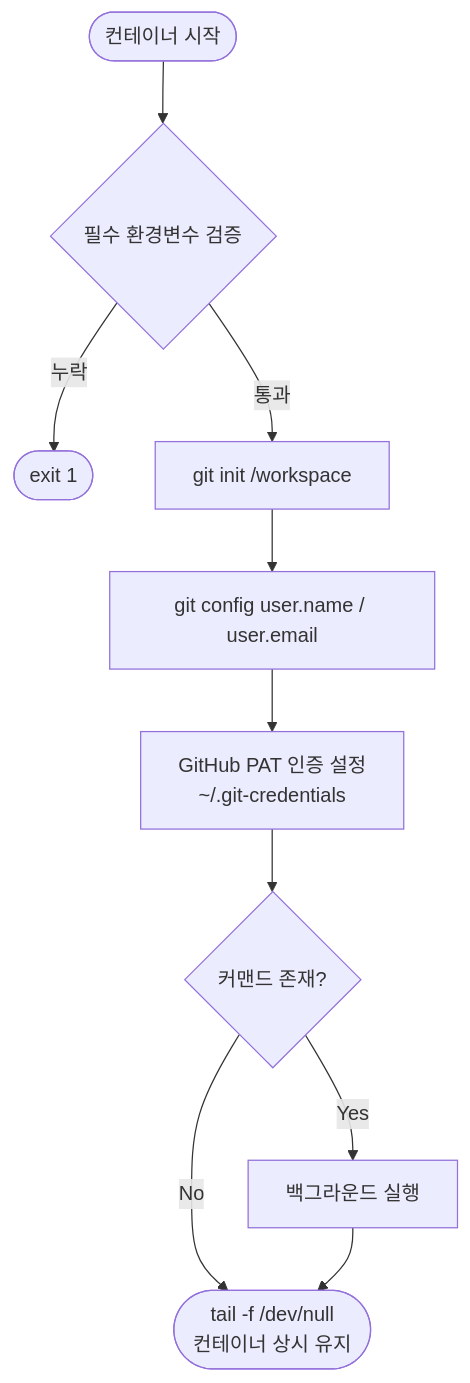
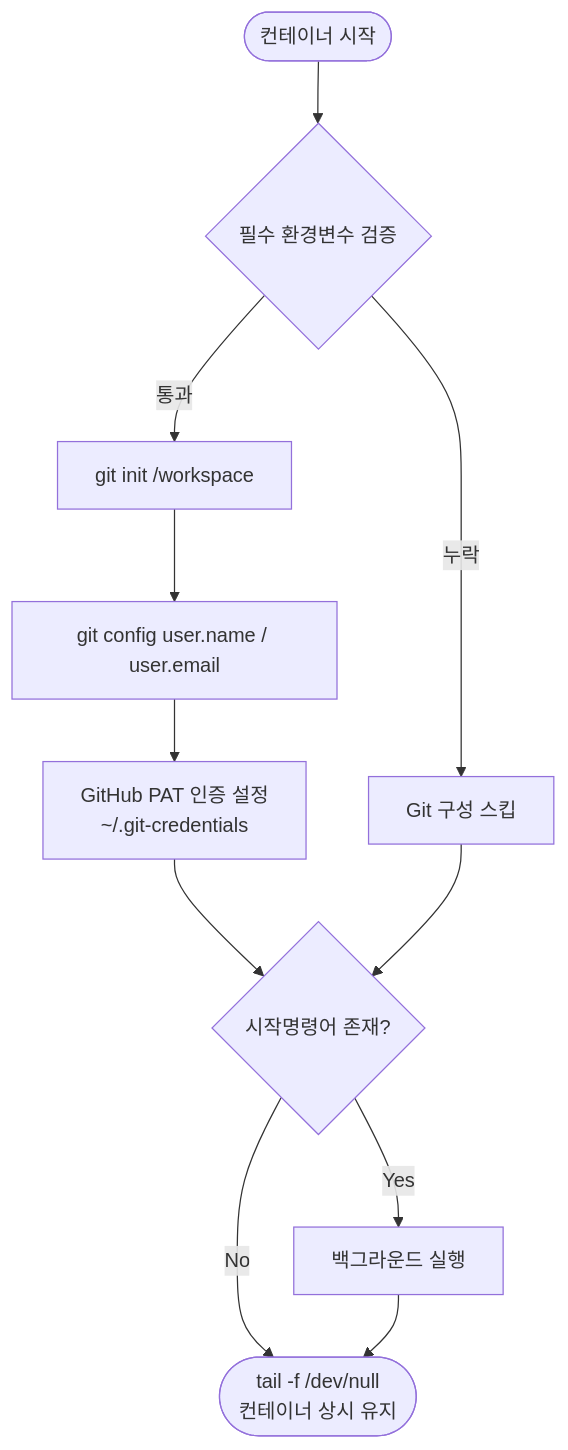
One commit to chaeyoon-08/gcube-extension-guide-baseimage changed the diagram in README.md. Above: the diagram before and after it, drawn with Mermaid. The commit also changed other lines of this file, not shown here.

Commit message:
feat: README 수정

````diff
--- a/README.md
+++ b/README.md
@@ -31,12 +32,13 @@
 ```mermaid
 flowchart TD
     A([컨테이너 시작]) --> B{필수 환경변수 검증}
-    B -- 누락 --> C([exit 1])
+    B -- 누락 --> C[Git 구성 스킵]
     B -- 통과 --> D[git init /workspace]
     D --> E[git config user.name / user.email]
-    E --> F[GitHub PAT 인증 설정\n~/.git-credentials]
-    F --> G{커맨드 존재?}
+    E --> F[GitHub PAT 인증 설정<br/>~/.git-credentials]
+    F --> G{시작명령어 존재?}
+    C --> G
     G -- Yes --> H[백그라운드 실행]
     G -- No --> I
-    H --> I([tail -f /dev/null\n컨테이너 상시 유지])
+    H --> I([tail -f /dev/null<br/>컨테이너 상시 유지])
 ```
````
